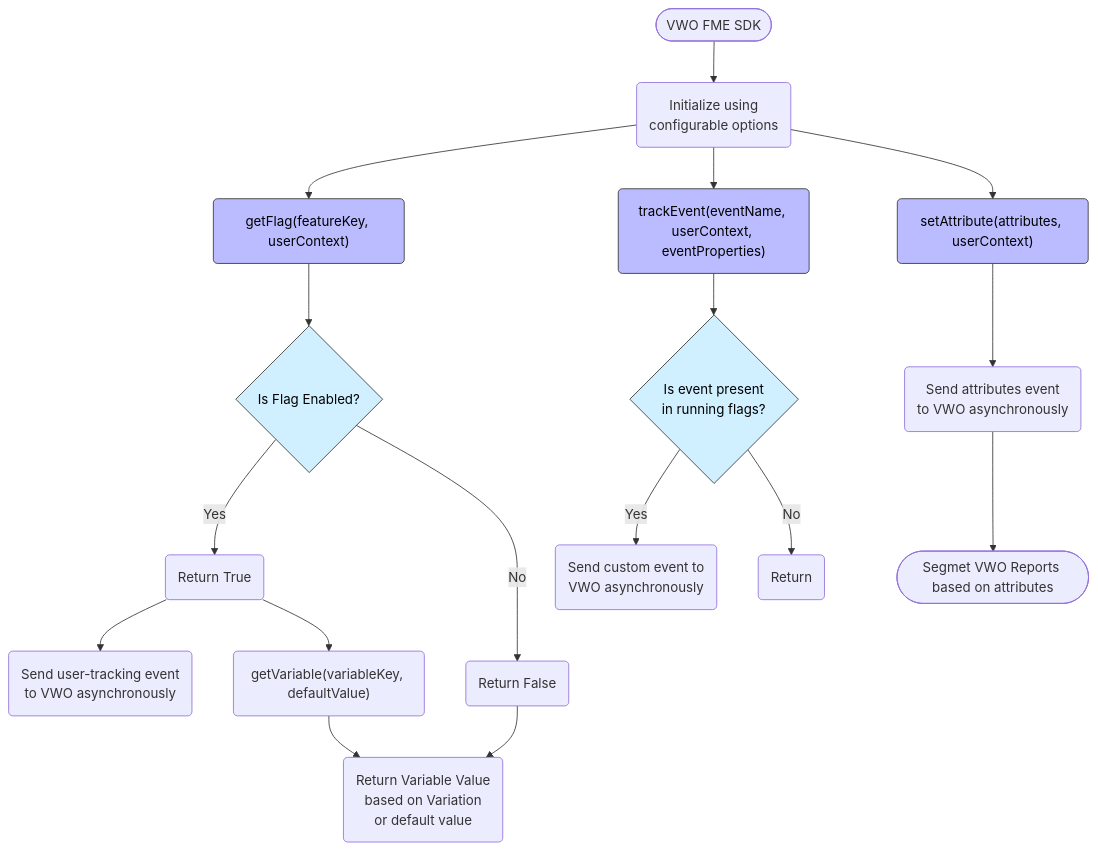
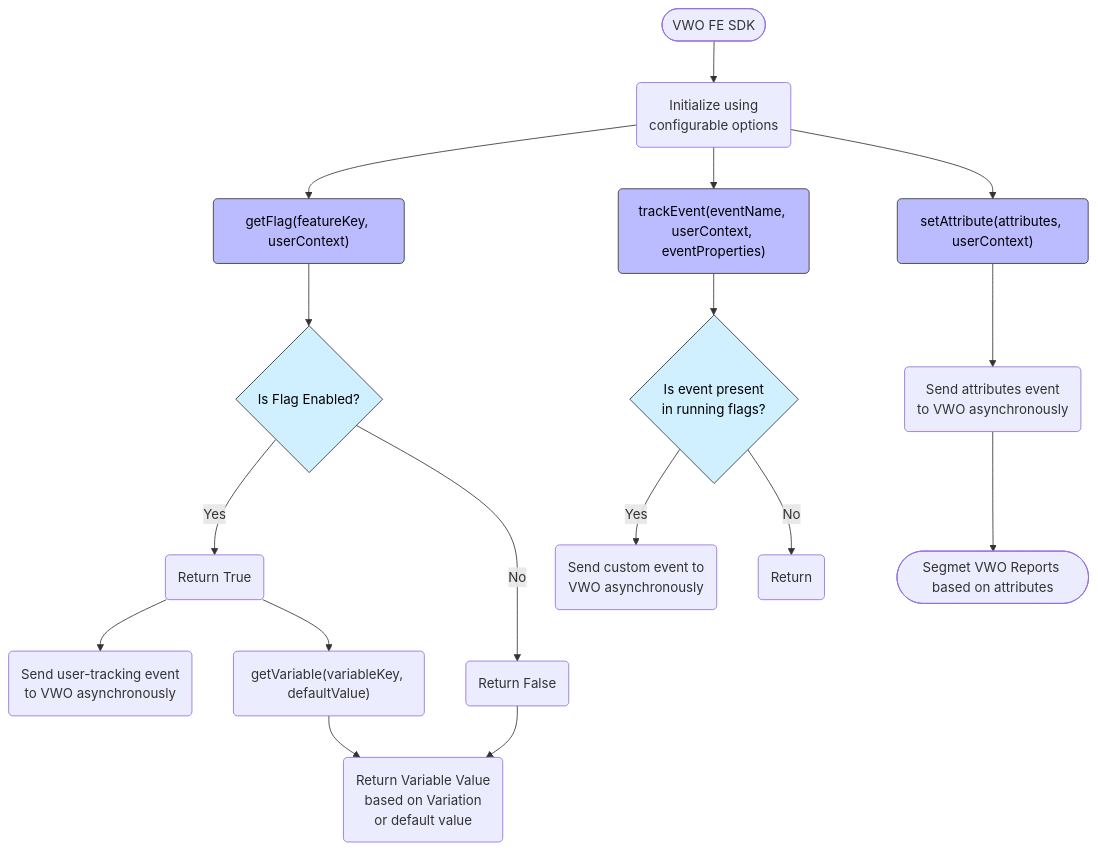
Before and after one commit to wingify/readme-central: the first of 3 diagrams in docs/SDK Reference/fme-sdk-architecture.md, drawn with Mermaid. The commit also changed other lines of this file and 163 other files, not shown here.

````diff
--- a/docs/SDK Reference/fme-sdk-architecture.md
+++ b/docs/SDK Reference/fme-sdk-architecture.md
@@ -12,44 +12,44 @@
 ```mermaid
 flowchart TD
-    A0(["VWO FME SDK"]) --> A("Initialize using<br/>configurable options")
+    A0(["VWO FE SDK"]) --> A("Initialize using<br/>configurable options")
     A --> Y("getFlag(featureKey, userContext)")
     A --> X("trackEvent(eventName, userContext, eventProperties)")
     A --> Z("setAttribute(attributes, userContext)")
 
     %% getFlag & getVariable Flow
     Y --> Y1{"Is Flag Enabled?"}
     Y1 -- Yes --> Y2("Return True")
     Y1 -- No --> Y4("Return False")
     Y2 --> Y22("Send user-tracking event<br/>to VWO asynchronously")
     Y2 --> Y3("getVariable(variableKey, defaultValue)")
     Y3 --> Y5("Return Variable Value<br/>based on Variation<br/>or default value")
     Y4 --> Y5
 
     %% trackEvent Flow
     X --> X1{"Is event present<br/>in running flags?"}
     X1 -- Yes --> X2("Send custom event to<br/>VWO asynchronously")
     X1 -- No --> X3("Return")
 
     %% setAttribute Flow
     Z --> Z1("Send attributes event<br/>to VWO asynchronously")
     Z1 --> Z2("Segment VWO reports<br/>based on these attributes")
-    Z2(["Segmet VWO Reports based on attributes"]) 
+    Z2(["Segmet VWO Reports based on attributes"])
 
     %% Assign classes
     class Y getFlag
     class X trackEvent
     class Z setAttribute
     class Y1 conditional
     class X1 conditional
 
     %% Define styles
     classDef getFlag fill:#bbf,stroke:#333,stroke-width:1px,color:#000
     classDef trackEvent fill:#bbf,stroke:#333,stroke-width:1px,color:#000
     classDef setAttribute fill:#bbf,stroke:#333,stroke-width:1px,color:#000
     classDef conditional fill:#d0efff,stroke:#333,stroke-width:1px,color:#000
 
     %% style X2 stroke:#7373ff,stroke-width:2px
     %% style Y22 stroke:#7373ff,stroke-width:2px
     %% style Z1 stroke:#7373ff,stroke-width:2px
 
 ```
````
